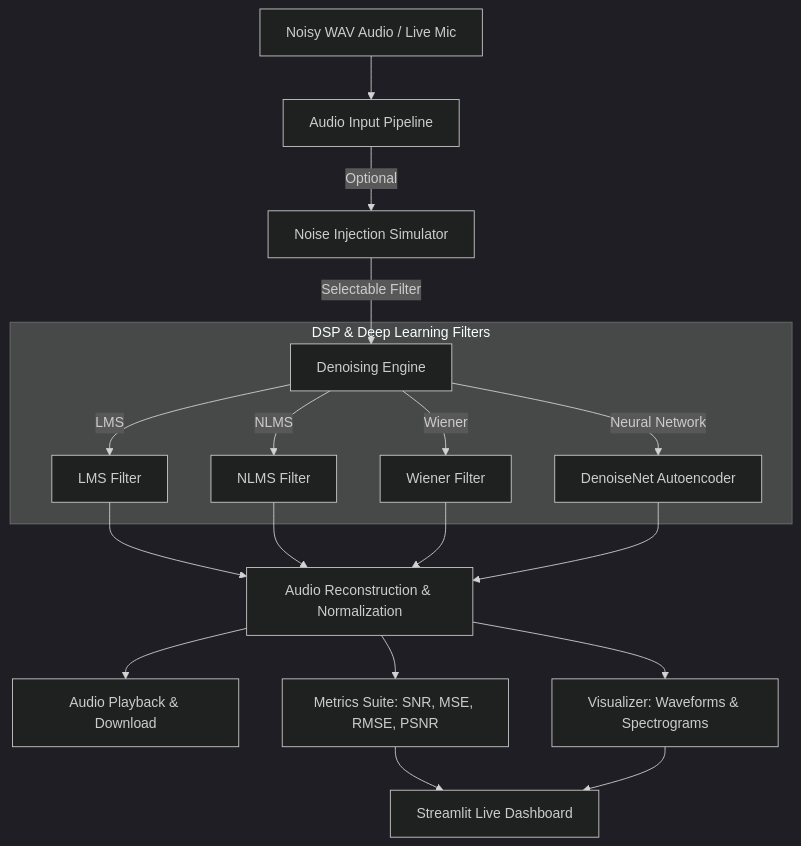
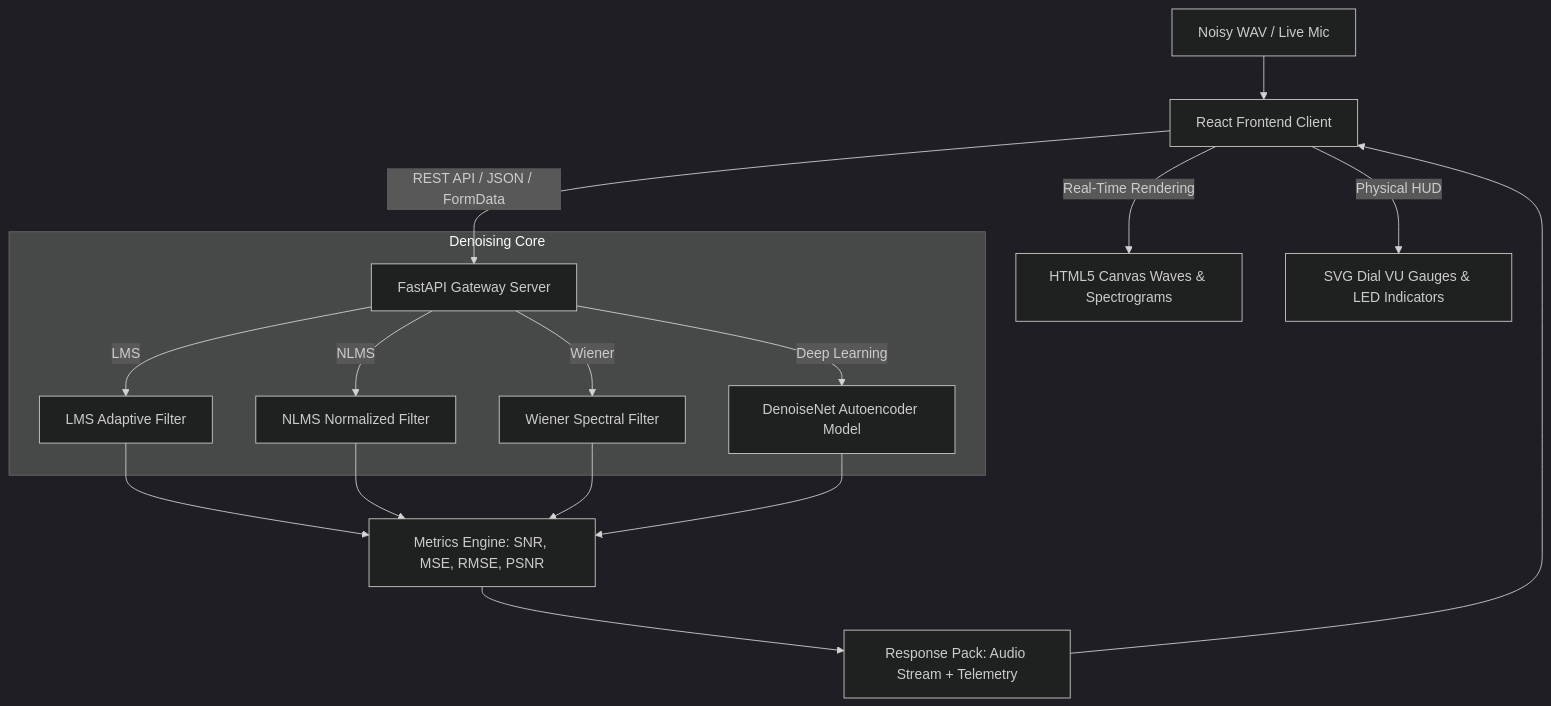
The diagram in README.md (Kishor055/AI-Based-Real-Time-Noise-Cancellation-System), drawn with Mermaid (dark theme) before and after one commit. The commit also changed other lines of this file, not shown here.

Commit message:
docs: update README.md to document React + FastAPI architecture

````diff
--- a/README.md
+++ b/README.md
@@ -30,25 +30,23 @@
 ```mermaid
 graph TD
-    InputAudio[Noisy WAV Audio / Live Mic] --> InputPipe[Audio Input Pipeline]
-    InputPipe -->|Optional| NoiseSim[Noise Injection Simulator]
-    NoiseSim -->|Selectable Filter| Engine[Denoising Engine]
+    UserAudio[Noisy WAV / Live Mic] --> UI[React Frontend Client]
+    UI -->|REST API / JSON / FormData| API[FastAPI Gateway Server]
     
-    subgraph DSP & Deep Learning Filters
-        Engine -->|LMS| LMS[LMS Filter]
-        Engine -->|NLMS| NLMS[NLMS Filter]
-        Engine -->|Wiener| Wiener[Wiener Filter]
-        Engine -->|Neural Network| DL[DenoiseNet Autoencoder]
+    subgraph Denoising Core
+        API -->|LMS| LMS[LMS Adaptive Filter]
+        API -->|NLMS| NLMS[NLMS Normalized Filter]
+        API -->|Wiener| Wiener[Wiener Spectral Filter]
+        API -->|Deep Learning| DL[DenoiseNet Autoencoder Model]
     end
     
-    LMS --> Reconstruct[Audio Reconstruction & Normalization]
-    NLMS --> Reconstruct
-    Wiener --> Reconstruct
-    DL --> Reconstruct
+    LMS --> Metrics[Metrics Engine: SNR, MSE, RMSE, PSNR]
+    NLMS --> Metrics
+    Wiener --> Metrics
+    DL --> Metrics
     
-    Reconstruct --> Playback[Audio Playback & Download]
-    Reconstruct --> Metrics[Metrics Suite: SNR, MSE, RMSE, PSNR]
-    Reconstruct --> Visualizer[Visualizer: Waveforms & Spectrograms]
+    Metrics --> Response[Response Pack: Audio Stream + Telemetry]
+    Response --> UI
     
-    Metrics --> UI[Streamlit Live Dashboard]
-    Visualizer --> UI
+    UI -->|Real-Time Rendering| Canvas[HTML5 Canvas Waves & Spectrograms]
+    UI -->|Physical HUD| Dial[SVG Dial VU Gauges & LED Indicators]
 ```
````
